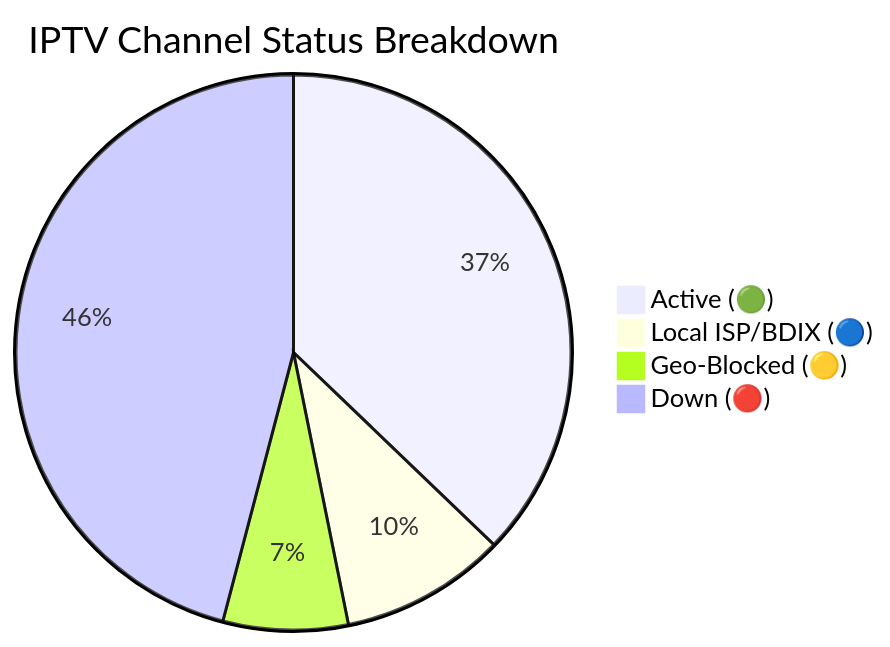
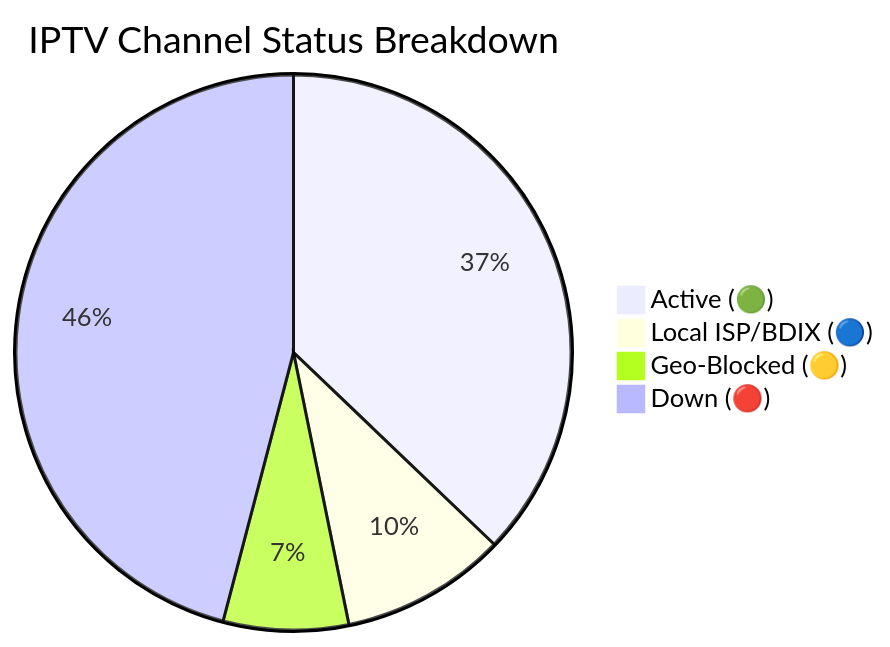
Before and after one commit to Zaman-Topu/Ip-tv-Collection: the diagram in README.md, drawn with Mermaid. The commit also changed other lines of this file and 1 other file, not shown here.

Commit message:
docs(readme): auto-update daily channel status chart

````diff
--- a/README.md
+++ b/README.md
@@ -59,7 +59,7 @@
 ```mermaid
 pie title IPTV Channel Status Breakdown
-    "Active (🟢)" : 2951
+    "Active (🟢)" : 2949
     "Local ISP/BDIX (🔵)" : 767
-    "Geo-Blocked (🟡)" : 577
-    "Down (🔴)" : 3645
+    "Geo-Blocked (🟡)" : 578
+    "Down (🔴)" : 3646
 ```
````
